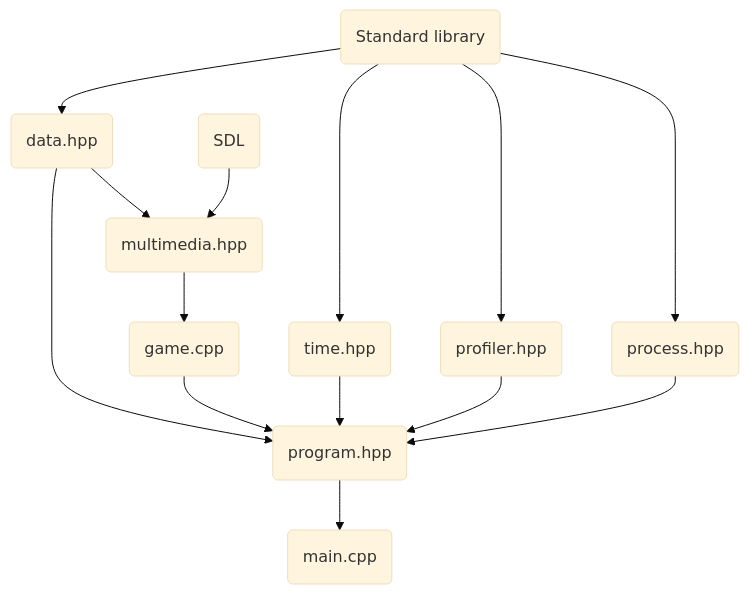
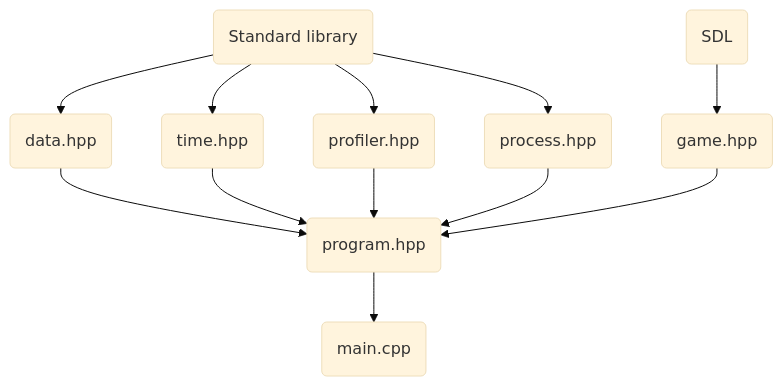
The diagram in README.md (sibjor/ParkourRunner), drawn with Mermaid (base theme) before and after one commit. The commit also changed 1 other file, not shown here.

````diff
--- a/README.md
+++ b/README.md
@@ -11,11 +11,9 @@
 ```mermaid
 flowchart TD
     A(Standard library) --> B(data.hpp) --> I(program.hpp) --> J(main.cpp)
     A --> C(time.hpp) --> I
     A --> D(profiler.hpp) --> I
     A --> E(process.hpp) --> I
-    F(SDL) --> G(multimedia.hpp)
-    B --> G
-    G --> H(game.cpp) --> I
+    F(SDL) --> G(game.hpp) --> I
     
 ```
````
